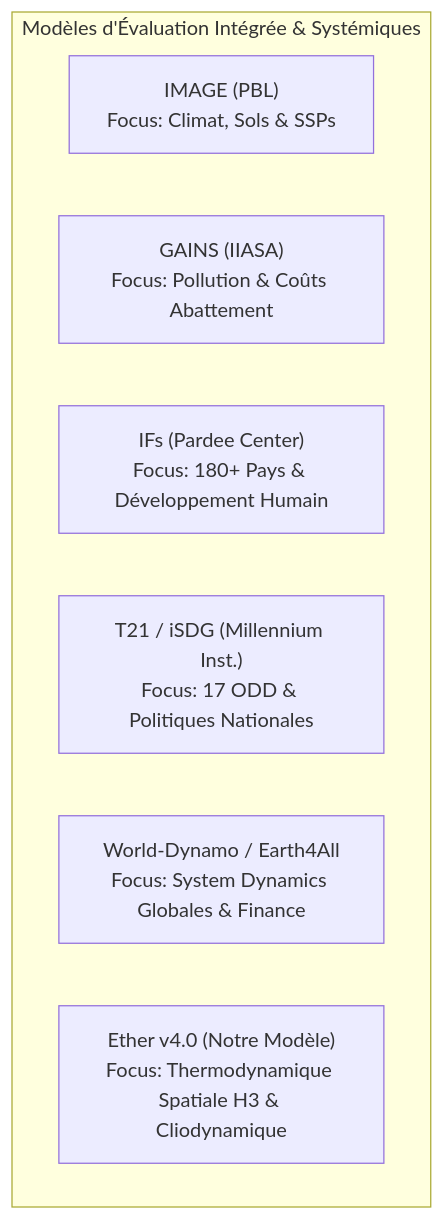
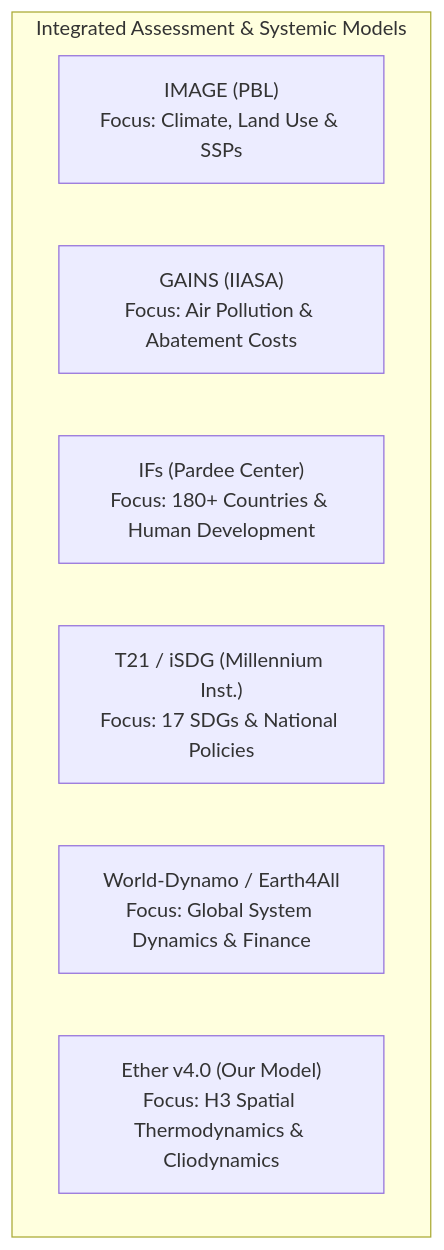
The diagram in docs/MODEL_COMPARISON.md (silveremartin-dev/Ether), drawn with Mermaid before and after one commit. The commit also changed other lines of this file and 52 other files, not shown here.

````diff
--- a/docs/MODEL_COMPARISON.md
+++ b/docs/MODEL_COMPARISON.md
@@ -99,11 +99,11 @@
 ```mermaid
 graph TD
-    subgraph "Modèles d'Évaluation Intégrée & Systémiques"
-        IMAGE["IMAGE (PBL)<br/>Focus: Climat, Sols & SSPs"]
-        GAINS["GAINS (IIASA)<br/>Focus: Pollution & Coûts Abattement"]
-        IFS["IFs (Pardee Center)<br/>Focus: 180+ Pays & Développement Humain"]
-        ISDG["T21 / iSDG (Millennium Inst.)<br/>Focus: 17 ODD & Politiques Nationales"]
-        WD["World-Dynamo / Earth4All<br/>Focus: System Dynamics Globales & Finance"]
-        ETHER["Ether v4.0 (Notre Modèle)<br/>Focus: Thermodynamique Spatiale H3 & Cliodynamique"]
+    subgraph "Integrated Assessment & Systemic Models"
+        IMAGE["IMAGE (PBL)<br/>Focus: Climate, Land Use & SSPs"]
+        GAINS["GAINS (IIASA)<br/>Focus: Air Pollution & Abatement Costs"]
+        IFS["IFs (Pardee Center)<br/>Focus: 180+ Countries & Human Development"]
+        ISDG["T21 / iSDG (Millennium Inst.)<br/>Focus: 17 SDGs & National Policies"]
+        WD["World-Dynamo / Earth4All<br/>Focus: Global System Dynamics & Finance"]
+        ETHER["Ether v4.0 (Our Model)<br/>Focus: H3 Spatial Thermodynamics & Cliodynamics"]
     end
 ```
````
